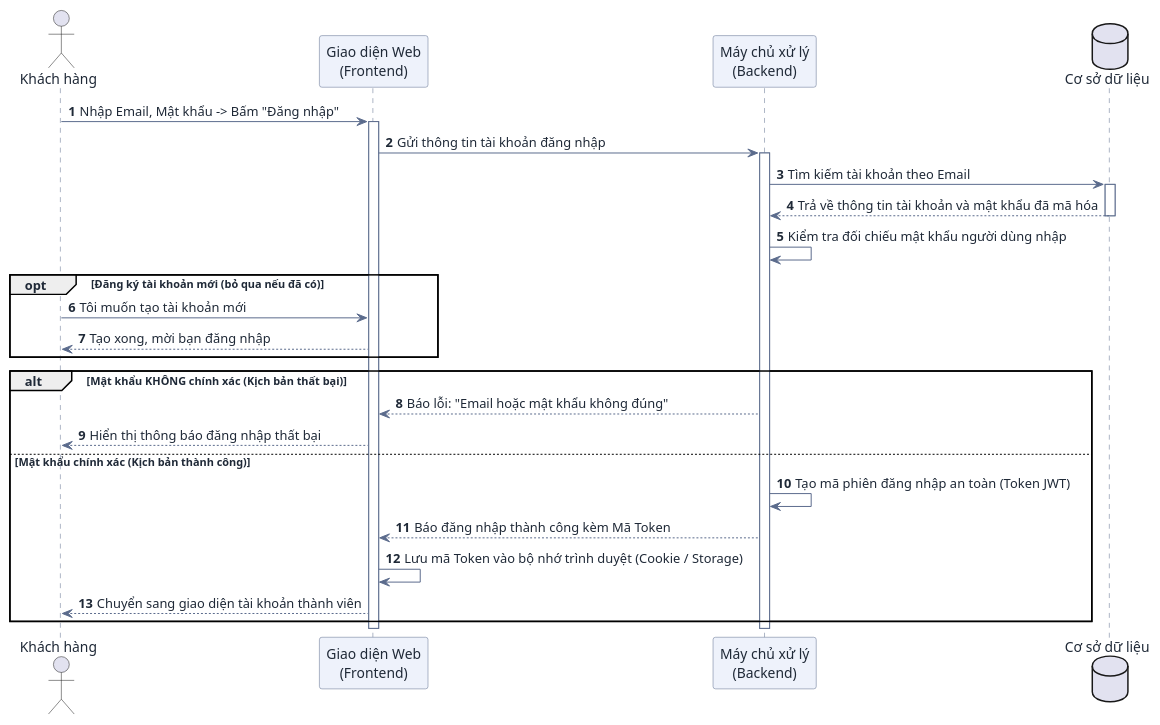
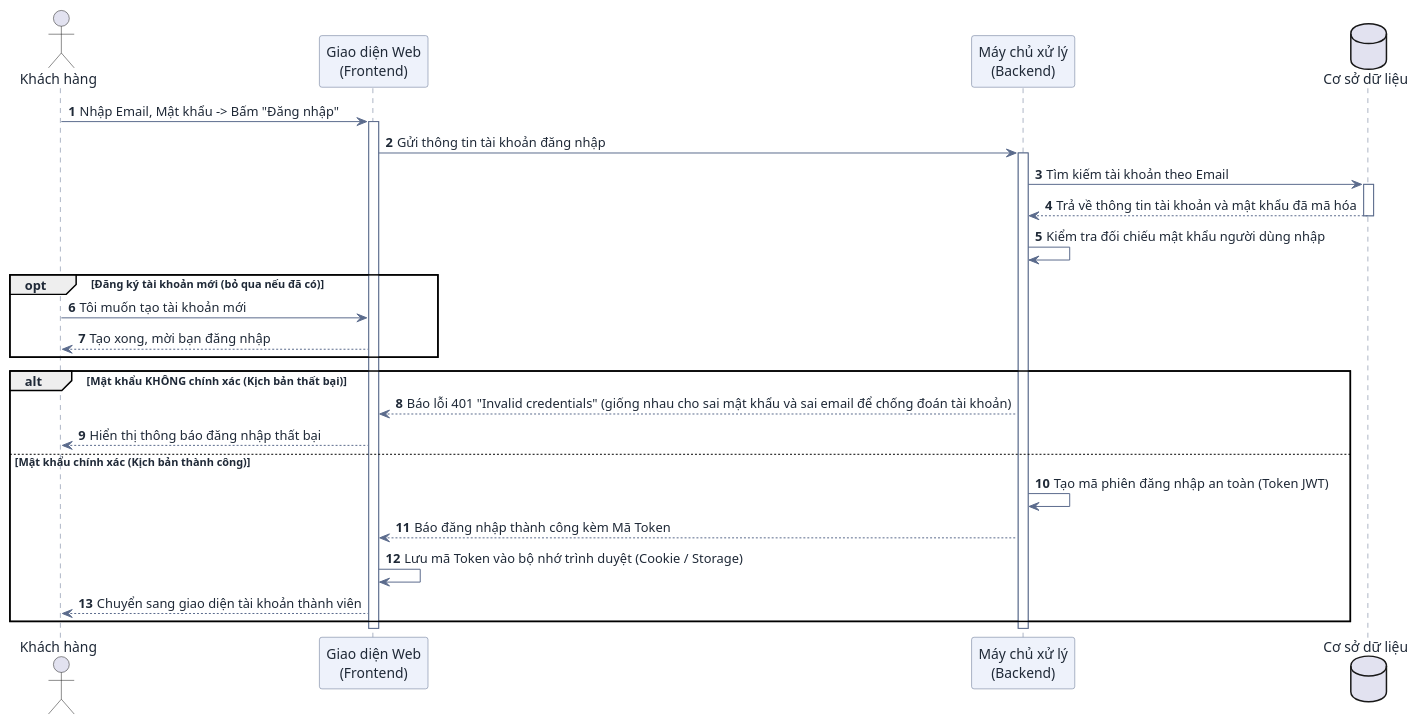
The third of 6 diagrams in docs/user-sequence-specifications.md (DuVinhLoi/BrewLite), drawn with PlantUML before and after one commit. The commit also changed other lines of this file, not shown here.

Commit message:
docs: sync sequence spec with implementation (names, retry flow, compensate)

````diff
--- a/docs/user-sequence-specifications.md
+++ b/docs/user-sequence-specifications.md
@@ -185,44 +185,44 @@
 ```plantuml
 @startuml
 skinparam DefaultFontColor #1f2937
 skinparam ArrowColor #5b6b8c
 skinparam SequenceParticipantBackgroundColor #eef2fb
 skinparam SequenceParticipantBorderColor #5b6b8c
 skinparam SequenceLifeLineBorderColor #5b6b8c
 
 autonumber
 actor "Khách hàng" as User
 participant "Giao diện Web\n(Frontend)" as FE
 participant "Máy chủ xử lý\n(Backend)" as BE
 database "Cơ sở dữ liệu" as DB
 
 User -> FE : Nhập Email, Mật khẩu -> Bấm "Đăng nhập"
 activate FE
 FE -> BE : Gửi thông tin tài khoản đăng nhập
 activate BE
 
 BE -> DB : Tìm kiếm tài khoản theo Email
 activate DB
 DB --> BE : Trả về thông tin tài khoản và mật khẩu đã mã hóa
 deactivate DB
 
 BE -> BE : Kiểm tra đối chiếu mật khẩu người dùng nhập
 
 opt Đăng ký tài khoản mới (bỏ qua nếu đã có)
     User -> FE : Tôi muốn tạo tài khoản mới
     FE --> User : Tạo xong, mời bạn đăng nhập
 end
 
 alt Mật khẩu KHÔNG chính xác (Kịch bản thất bại)
-    BE --> FE : Báo lỗi: "Email hoặc mật khẩu không đúng"
+    BE --> FE : Báo lỗi 401 "Invalid credentials" (giống nhau cho sai mật khẩu và sai email để chống đoán tài khoản)
     FE --> User : Hiển thị thông báo đăng nhập thất bại
 else Mật khẩu chính xác (Kịch bản thành công)
     BE -> BE : Tạo mã phiên đăng nhập an toàn (Token JWT)
     BE --> FE : Báo đăng nhập thành công kèm Mã Token
     FE -> FE : Lưu mã Token vào bộ nhớ trình duyệt (Cookie / Storage)
     FE --> User : Chuyển sang giao diện tài khoản thành viên
 end
 deactivate BE
 deactivate FE
 @enduml
 ```
````
